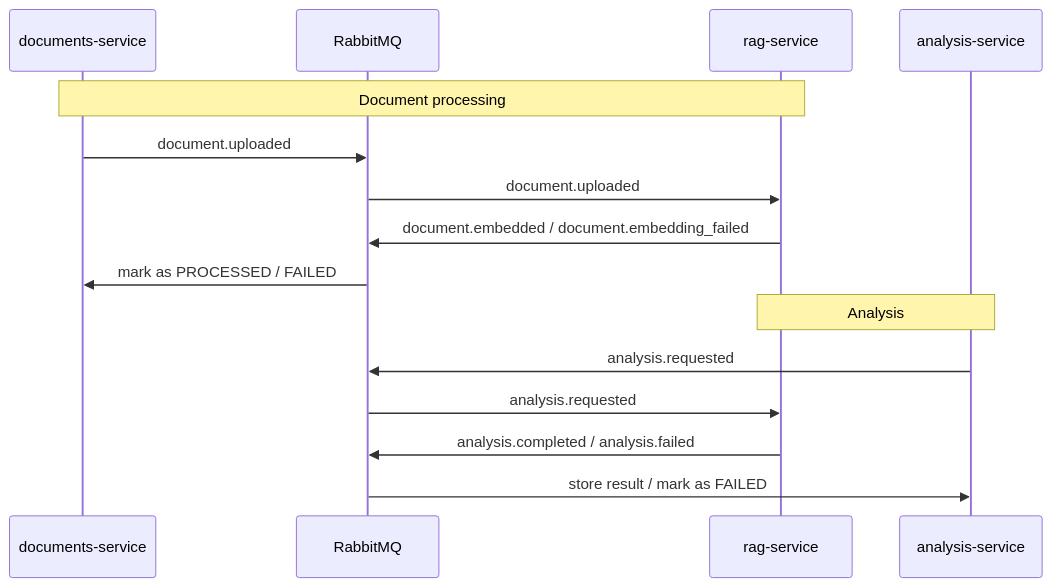
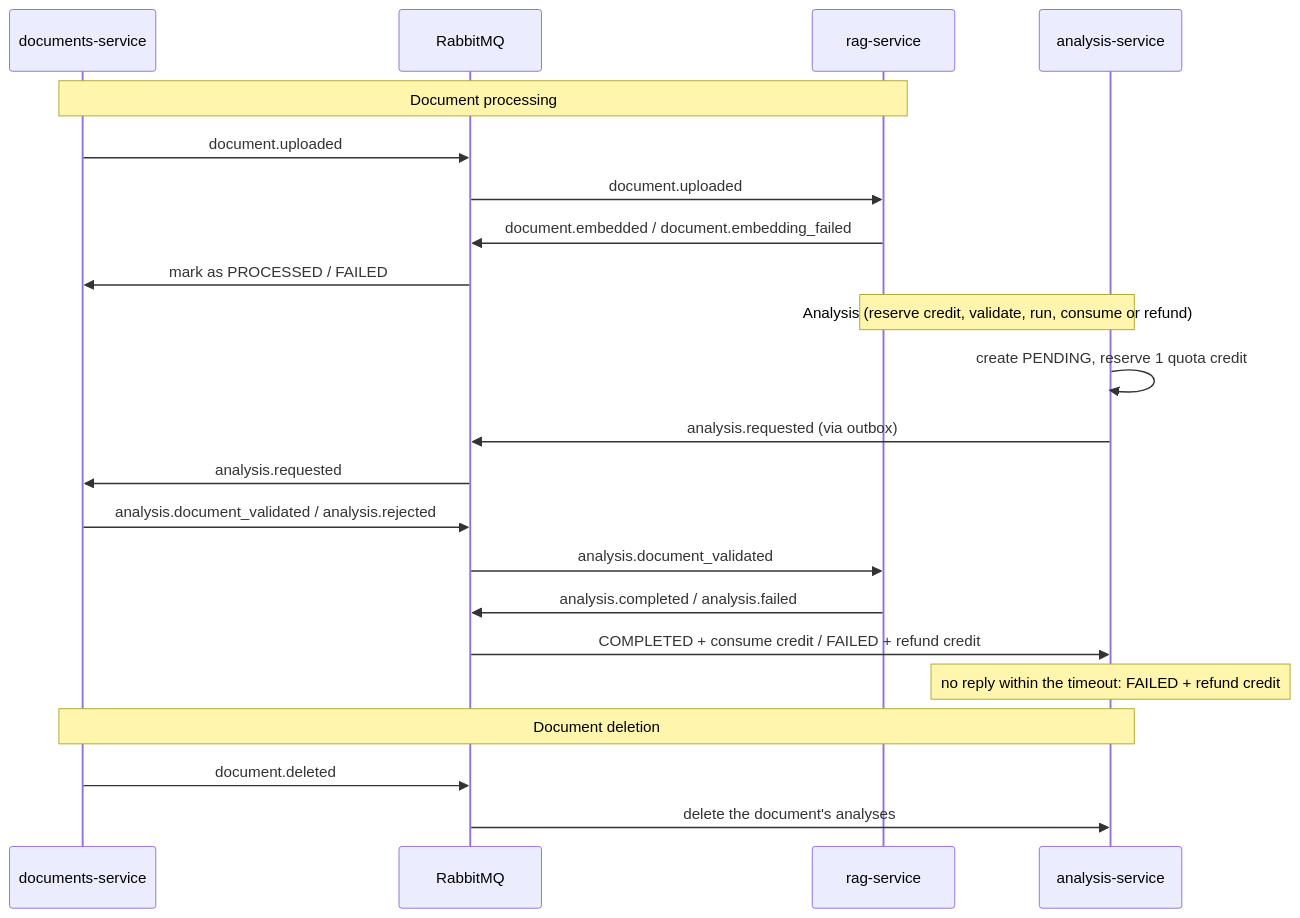
One commit to luchersou/Clarus changed the second of 2 diagrams in README.md. Above: the diagram before and after it, drawn with Mermaid. The commit also changed other lines of this file and 4 other files, not shown here.

Commit message:
docs: document the analysis saga, quota compensation and idempotent delivery

````diff
--- a/README.md
+++ b/README.md
@@ -55,19 +56,27 @@
 ```mermaid
 sequenceDiagram
     participant DOC as documents-service
     participant MQ as RabbitMQ
     participant RAG as rag-service
     participant ANA as analysis-service
 
     Note over DOC,RAG: Document processing
     DOC->>MQ: document.uploaded
     MQ->>RAG: document.uploaded
     RAG->>MQ: document.embedded / document.embedding_failed
     MQ->>DOC: mark as PROCESSED / FAILED
 
-    Note over ANA,RAG: Analysis
-    ANA->>MQ: analysis.requested
-    MQ->>RAG: analysis.requested
+    Note over ANA,RAG: Analysis (reserve credit, validate, run, consume or refund)
+    ANA->>ANA: create PENDING, reserve 1 quota credit
+    ANA->>MQ: analysis.requested (via outbox)
+    MQ->>DOC: analysis.requested
+    DOC->>MQ: analysis.document_validated / analysis.rejected
+    MQ->>RAG: analysis.document_validated
     RAG->>MQ: analysis.completed / analysis.failed
-    MQ->>ANA: store result / mark as FAILED
+    MQ->>ANA: COMPLETED + consume credit / FAILED + refund credit
+    Note over ANA: no reply within the timeout: FAILED + refund credit
+
+    Note over DOC,ANA: Document deletion
+    DOC->>MQ: document.deleted
+    MQ->>ANA: delete the document's analyses
 ```
````
